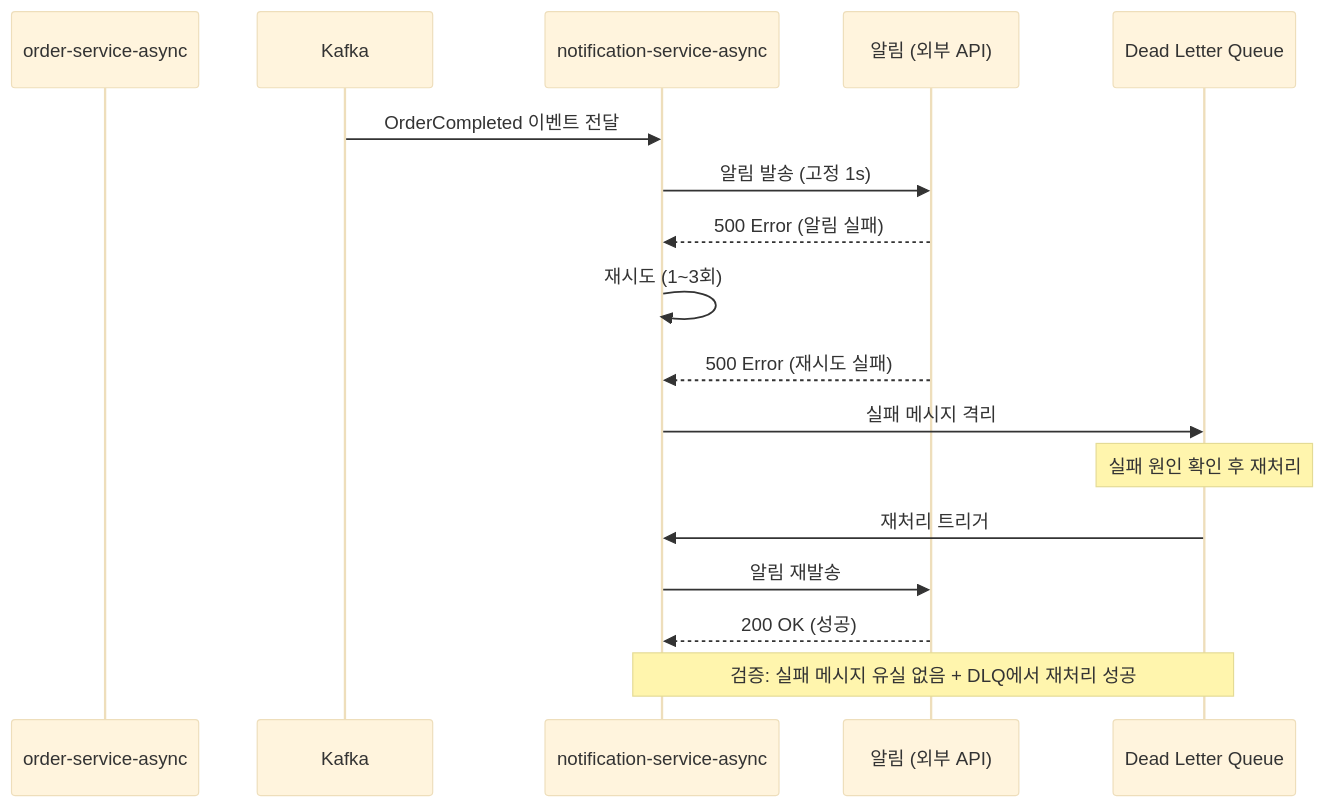
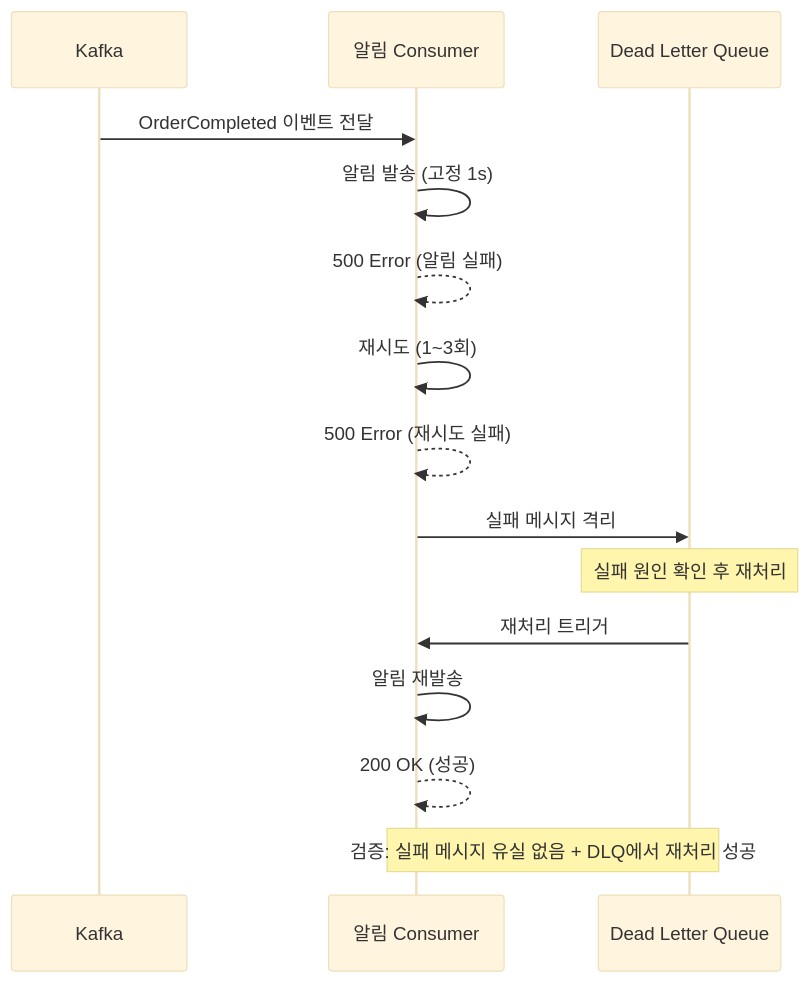
The fifth of 5 diagrams in docs/how-diagram.md (JuJin1324/eda-poc), drawn with Mermaid (base theme) before and after one commit. The commit also changed other lines of this file, not shown here.

First line of the commit message:
docs: refine how-diagram for consistency — blocking vs fan-out framing

````diff
--- a/docs/how-diagram.md
+++ b/docs/how-diagram.md
@@ -141,24 +142,22 @@
 ```mermaid
 sequenceDiagram
-    participant OA as order-service-async
     participant K as Kafka
-    participant NS as notification-service-async
-    participant Noti as 알림 (외부 API)
+    participant NA as 알림 Consumer
     participant DLQ as Dead Letter Queue
 
-    K->>NS: OrderCompleted 이벤트 전달
-    NS->>Noti: 알림 발송 (고정 1s)
-    Noti-->>NS: 500 Error (알림 실패)
+    K->>NA: OrderCompleted 이벤트 전달
+    NA->>NA: 알림 발송 (고정 1s)
+    NA-->>NA: 500 Error (알림 실패)
 
-    NS->>NS: 재시도 (1~3회)
-    Noti-->>NS: 500 Error (재시도 실패)
+    NA->>NA: 재시도 (1~3회)
+    NA-->>NA: 500 Error (재시도 실패)
 
-    NS->>DLQ: 실패 메시지 격리
+    NA->>DLQ: 실패 메시지 격리
 
     Note over DLQ: 실패 원인 확인 후 재처리
-    DLQ->>NS: 재처리 트리거
-    NS->>Noti: 알림 재발송
-    Noti-->>NS: 200 OK (성공)
+    DLQ->>NA: 재처리 트리거
+    NA->>NA: 알림 재발송
+    NA-->>NA: 200 OK (성공)
 
-    Note over NS,DLQ: 검증: 실패 메시지 유실 없음 + DLQ에서 재처리 성공
+    Note over NA,DLQ: 검증: 실패 메시지 유실 없음 + DLQ에서 재처리 성공
 ```
````
